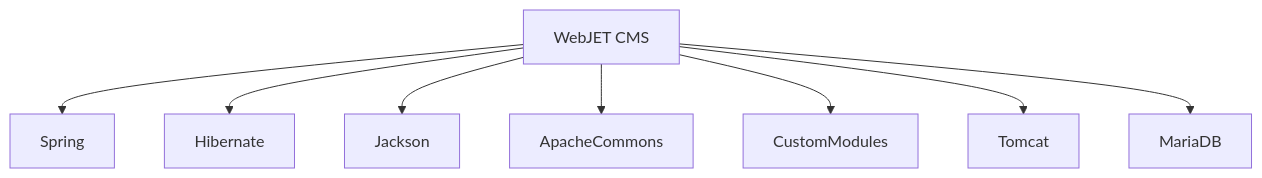
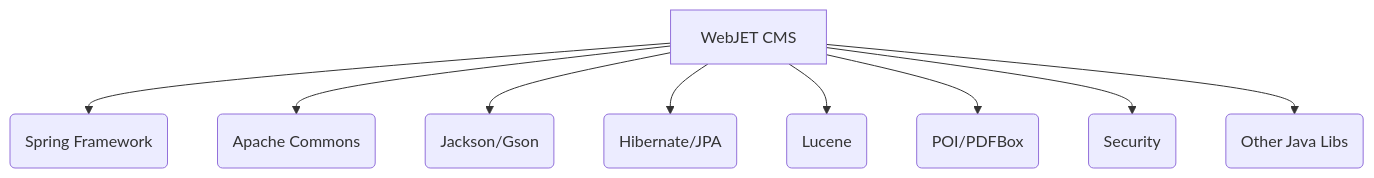
One commit to crafted-by-art/webjetcms changed the diagram in aidocs/CIAR.md. Above: the diagram before and after it, drawn with Mermaid. The commit also changed other lines of this file, not shown here.

````diff
--- a/aidocs/CIAR.md
+++ b/aidocs/CIAR.md
@@ -44,11 +59,11 @@
-~~~mermaid
-graph TD;
-  App[WebJET CMS]
-  App --> Spring
-  App --> Hibernate
-  App --> Jackson
-  App --> ApacheCommons
-  App --> CustomModules
-  App --> Tomcat
-  App --> MariaDB
-~~~
+```mermaid
+flowchart TD
+    A[WebJET CMS] --> B(Spring Framework)
+    A --> C(Apache Commons)
+    A --> D(Jackson/Gson)
+    A --> E(Hibernate/JPA)
+    A --> F(Lucene)
+    A --> G(POI/PDFBox)
+    A --> H(Security)
+    A --> I(Other Java Libs)
+```
````
